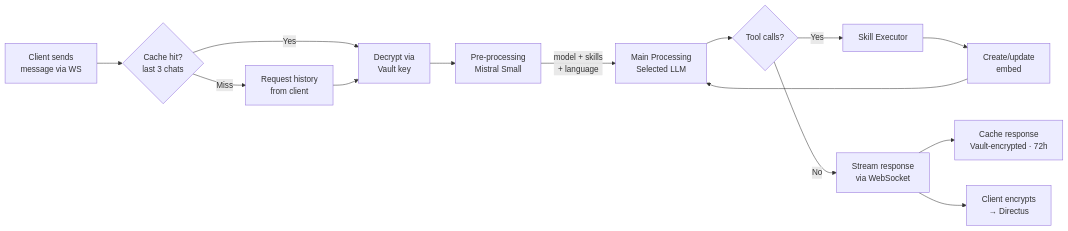
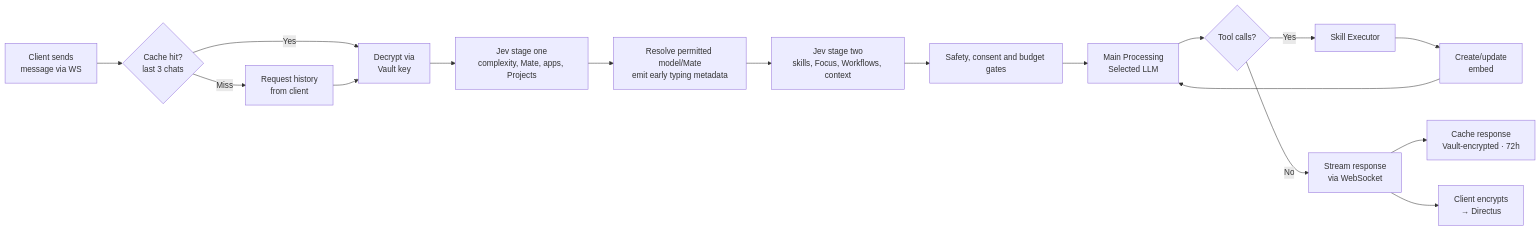
The diagram in docs/architecture/messaging/message-processing.md (glowingkitty/OpenMates), drawn with Mermaid before and after one commit. The commit also changed other lines of this file and 161 other files, not shown here.

````diff
--- a/docs/architecture/messaging/message-processing.md
+++ b/docs/architecture/messaging/message-processing.md
@@ -74,16 +75,19 @@
 ```mermaid
 graph LR
     A[Client sends<br/>message via WS] --> B{Cache hit?<br/>last 3 chats}
     B -->|Yes| C[Decrypt via<br/>Vault key]
     B -->|Miss| D[Request history<br/>from client]
     D --> C
-    C --> E[Pre-processing<br/>Mistral Small]
-    E -->|model + skills<br/>+ language| F[Main Processing<br/>Selected LLM]
+    C --> E[Jev stage one<br/>complexity, Mate, apps, Projects]
+    E --> R[Resolve permitted model/Mate<br/>emit early typing metadata]
+    R --> P[Jev stage two<br/>skills, Focus, Workflows, context]
+    P --> V[Safety, consent and budget gates]
+    V --> F[Main Processing<br/>Selected LLM]
     F --> G{Tool calls?}
     G -->|Yes| H[Skill Executor]
     H --> I[Create/update<br/>embed]
     I --> F
     G -->|No| J[Stream response<br/>via WebSocket]
     J --> K[Cache response<br/>Vault-encrypted · 72h]
     J --> L[Client encrypts<br/>→ Directus]
 ```
````
